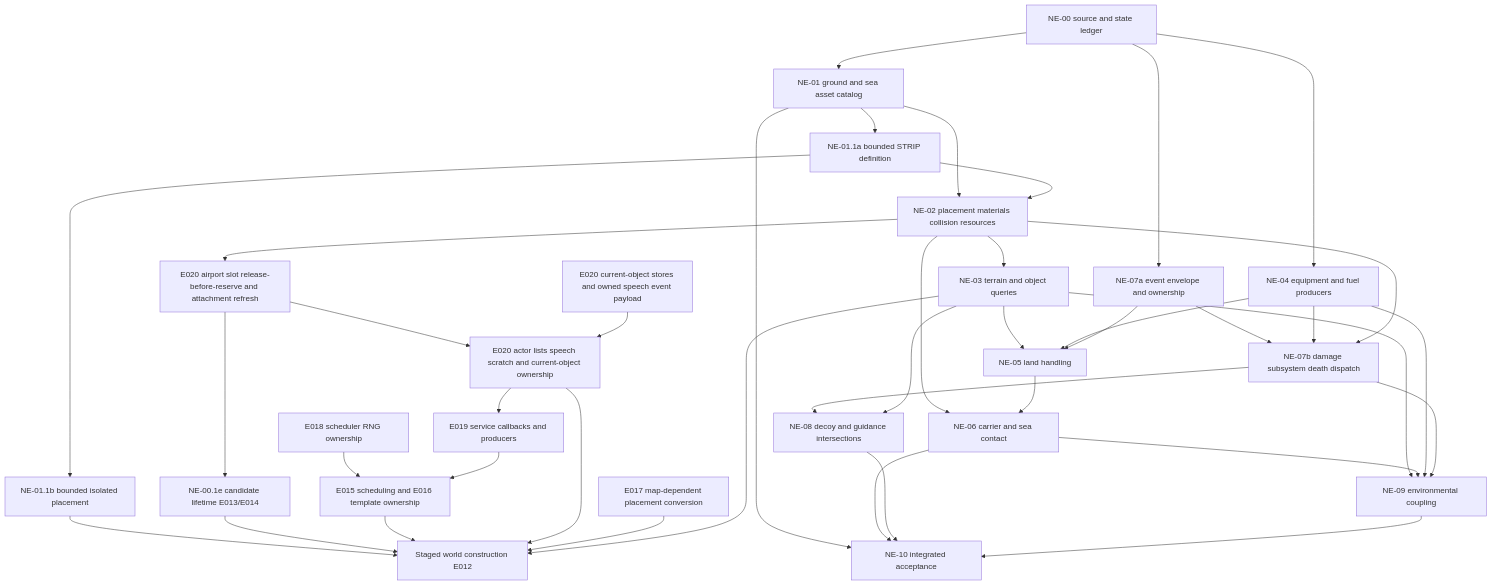
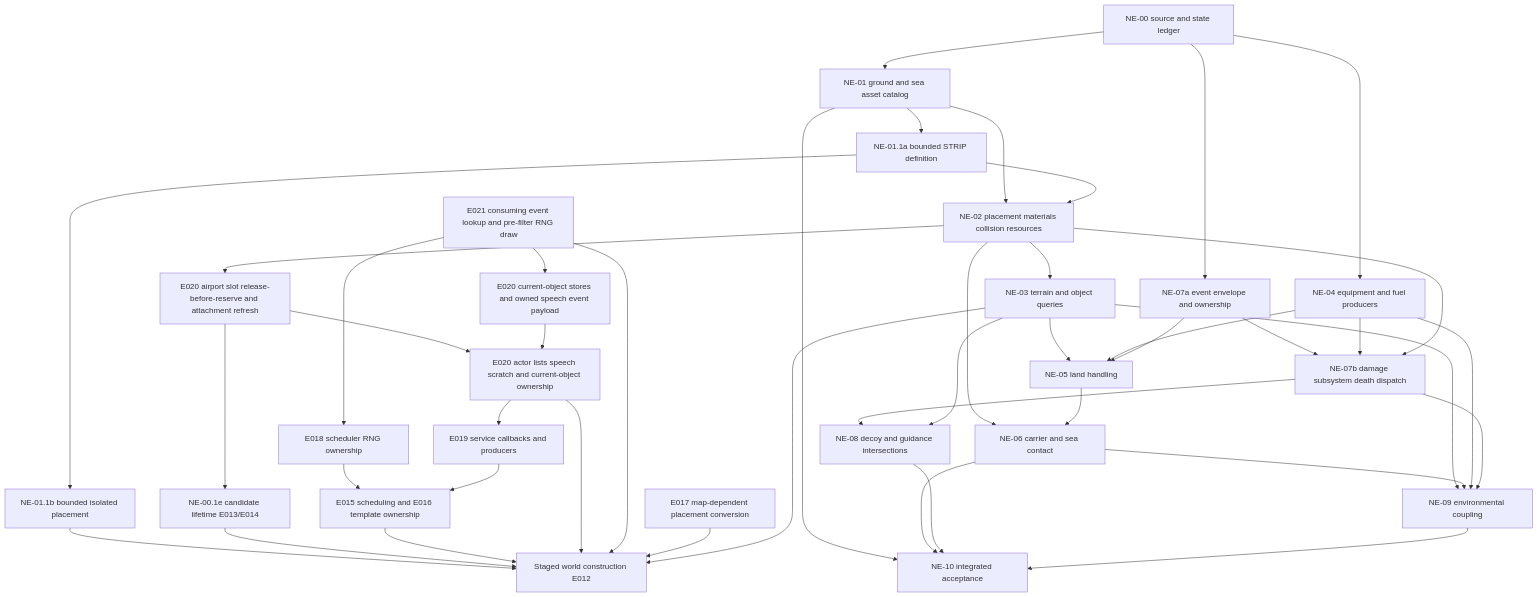
The diagram in docs/native-environment-systems-plan.md (john-overton/T.O.R.E-Fighters), drawn with Mermaid before and after one commit. The commit also changed other lines of this file and 4 other files, not shown here.

Commit message:
Recover static-object event service and consuming queue dependencies

````diff
--- a/docs/native-environment-systems-plan.md
+++ b/docs/native-environment-systems-plan.md
@@ -172,42 +174,45 @@
 ```mermaid
 flowchart TD
   A[NE-00 source and state ledger] --> B[NE-01 ground and sea asset catalog]
   B --> C[NE-02 placement materials collision resources]
   B --> O[NE-01.1a bounded STRIP definition]
   O --> Q[NE-01.1b bounded isolated placement]
   Q --> W
   O --> C
   C --> S[NE-00.1d STRIP metadata]
   S --> R[NE-00.1e candidate lifetime E013/E014]
   R --> W[Staged world construction E012]
   T[E015 scheduling and E016 template ownership] --> W
   U[E018 scheduler RNG ownership] --> T
   P[E019 service callbacks and producers] --> T
   Y[E020 actor lists speech scratch and current-object ownership] --> P
   Y --> W
   S[E020 airport slot release-before-reserve and attachment refresh] --> Y
   Z[E020 current-object stores and owned speech event payload] --> Y
+  EE[E021 consuming event lookup and pre-filter RNG draw] --> Z
+  EE --> U
+  EE --> W
   V[E017 map-dependent placement conversion] --> W
   F --> W
   A --> D[NE-04 equipment and fuel producers]
   A --> E[NE-07a event envelope and ownership]
   C --> F[NE-03 terrain and object queries]
   F --> G[NE-05 land handling]
   D --> G
   E --> G
   C --> H[NE-06 carrier and sea contact]
   G --> H
   E --> I[NE-07b damage subsystem death dispatch]
   D --> I
   C --> I
   I --> J[NE-08 decoy and guidance intersections]
   F --> J
   F --> K[NE-09 environmental coupling]
   H --> K
   D --> K
   I --> K
   B --> L[NE-10 integrated acceptance]
   H --> L
   J --> L
   K --> L
 ```
````
